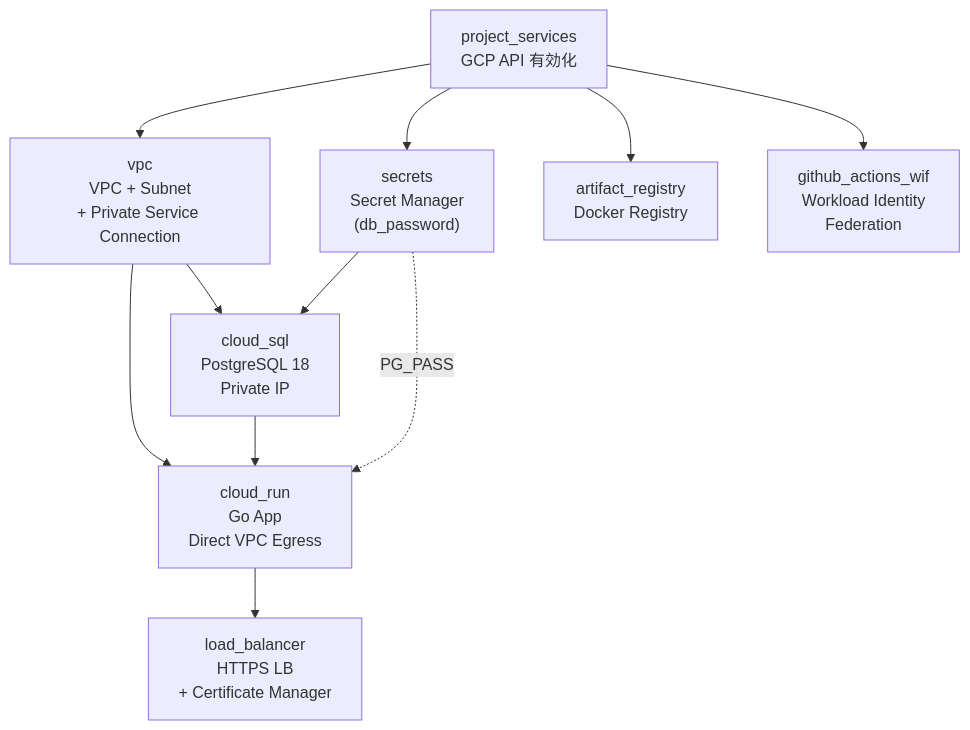
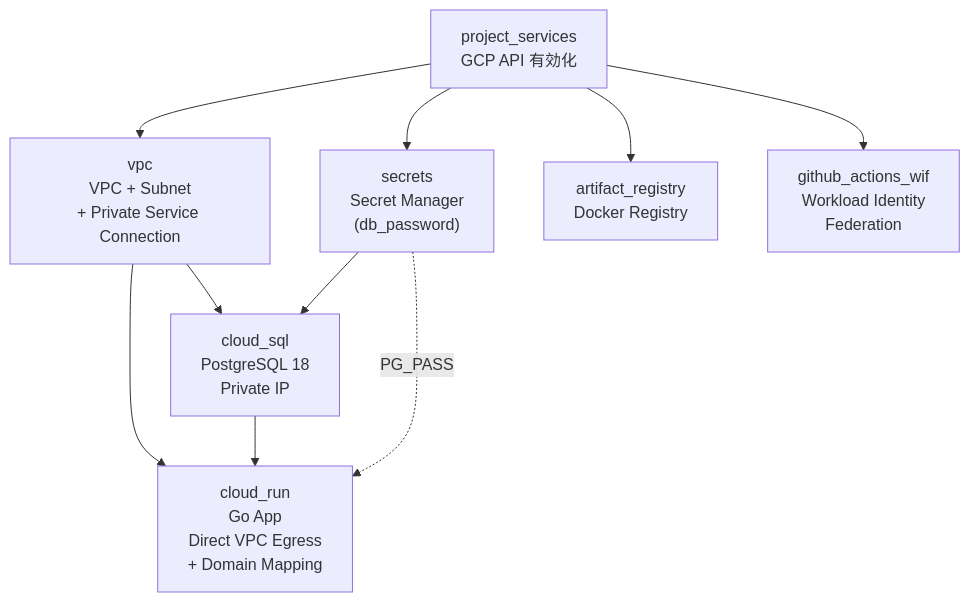
Before and after one commit to okm321/mahking-core: the fifth of 6 diagrams in docs/architecture.md, drawn with Mermaid. The commit also changed other lines of this file and 23 other files, not shown here.

````diff
--- a/docs/architecture.md
+++ b/docs/architecture.md
@@ -160,18 +137,16 @@
 ```mermaid
 graph TD
     PS["project_services<br/>GCP API 有効化"]
 
     PS --> VPC["vpc<br/>VPC + Subnet<br/>+ Private Service Connection"]
     PS --> SM["secrets<br/>Secret Manager<br/>(db_password)"]
     PS --> AR["artifact_registry<br/>Docker Registry"]
     PS --> WIF["github_actions_wif<br/>Workload Identity<br/>Federation"]
 
     VPC --> SQL["cloud_sql<br/>PostgreSQL 18<br/>Private IP"]
     SM --> SQL
 
-    VPC --> CR["cloud_run<br/>Go App<br/>Direct VPC Egress"]
+    VPC --> CR["cloud_run<br/>Go App<br/>Direct VPC Egress<br/>+ Domain Mapping"]
     SQL --> CR
     SM -.->|PG_PASS| CR
-
-    CR --> LB["load_balancer<br/>HTTPS LB<br/>+ Certificate Manager"]
 ```
````
